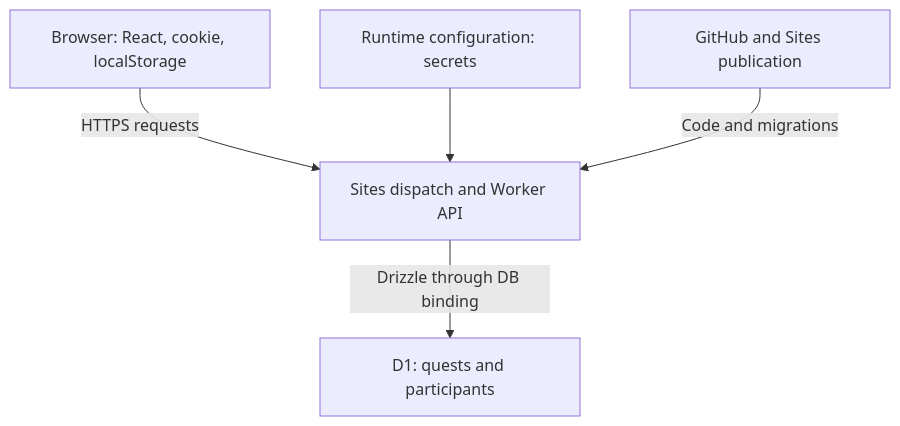
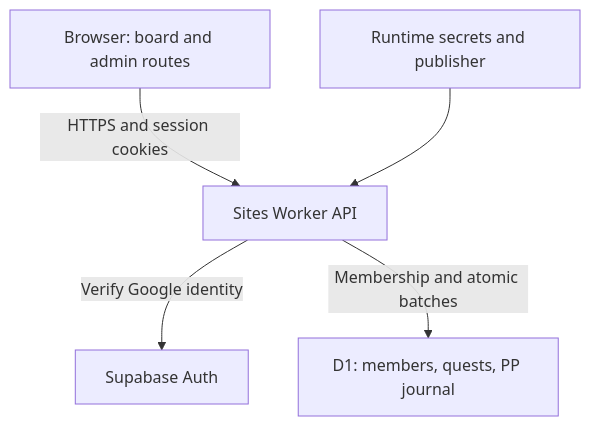
Before and after one commit to ktarafder/side-quest-ledger: the first of 3 diagrams in docs/FORMAL_MODEL.md, drawn with Mermaid. The commit also changed other lines of this file and 42 other files, not shown here.

First line of the commit message:
Sync member identity, Power Points, market, and admin route

````diff
--- a/docs/FORMAL_MODEL.md
+++ b/docs/FORMAL_MODEL.md
@@ -11,7 +13,7 @@
 ```mermaid
 flowchart TD
-  B["Browser: React, cookie, localStorage"] -->|"HTTPS requests"| W["Sites dispatch and Worker API"]
-  W -->|"Drizzle through DB binding"| D["D1: quests and participants"]
-  E["Runtime configuration: secrets"] --> W
-  G["GitHub and Sites publication"] -->|"Code and migrations"| W
+  B["Browser: board and admin routes"] -->|"HTTPS and session cookies"| W["Sites Worker API"]
+  W -->|"Verify Google identity"| A["Supabase Auth"]
+  W -->|"Membership and atomic batches"| D["D1: members, quests, PP journal"]
+  E["Runtime secrets and publisher"] --> W
 ```
````
